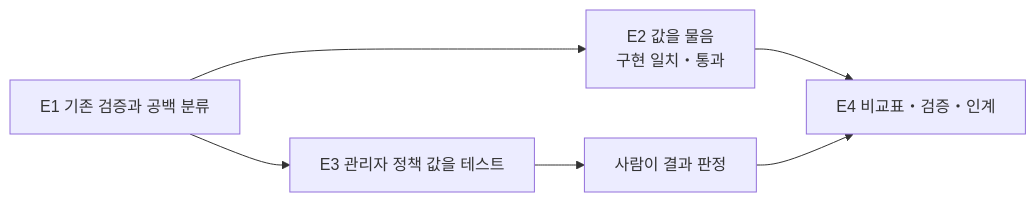
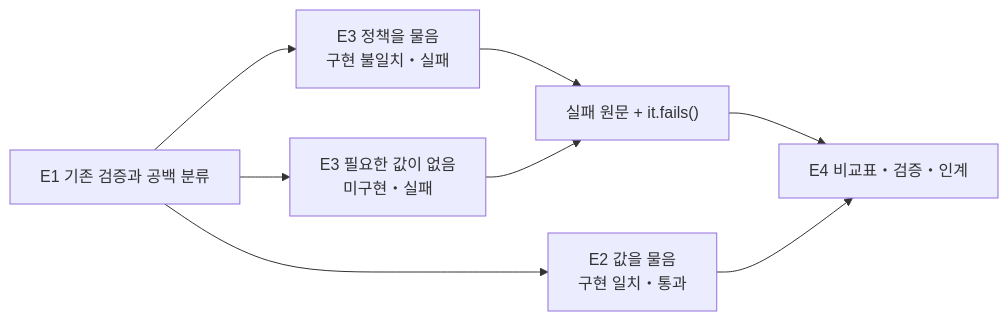
Before and after one commit to RainaKim/order-ops: the first of 2 diagrams in labs/lecture14/README.md, drawn with Mermaid. The commit also changed other lines of this file and 2 other files, not shown here.

````diff
--- a/labs/lecture14/README.md
+++ b/labs/lecture14/README.md
@@ -54,8 +54,9 @@
 ```mermaid
 flowchart LR
   A["E1 기존 검증과 공백 분류"] --> B["E2 값을 물음<br/>구현 일치・통과"]
-  A --> C["E3 관리자 정책 값을 테스트"]
-  C --> D["사람이 결과 판정"]
-  B --> E["E4 비교표・검증・인계"]
-  D --> E
+  A --> C["E3 정책을 물음<br/>구현 불일치・실패"]
+  A --> D["E3 필요한 값이 없음<br/>미구현・실패"]
+  C --> E["실패 원문 + it.fails()"]
+  D --> E --> F["E4 비교표・검증・인계"]
+  B --> F
 ```
````
